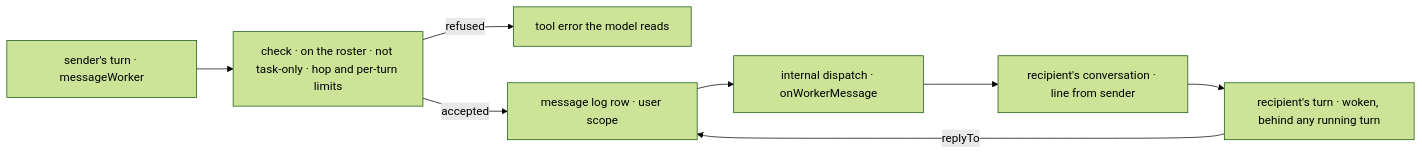
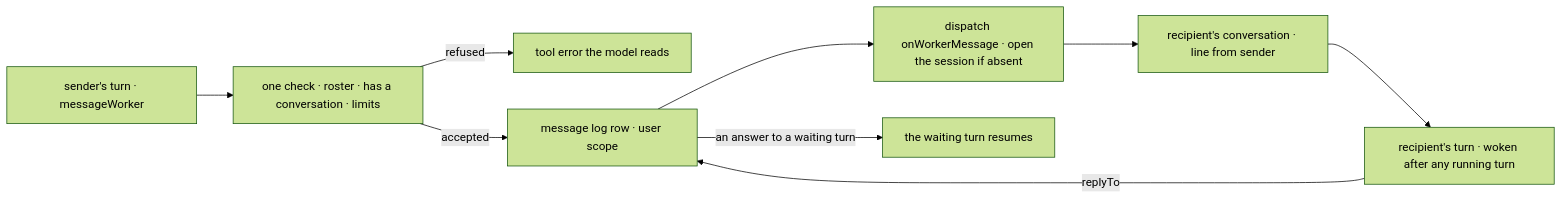
The second of 2 diagrams in specs/issues/FIX-1989/SPEC.md (fixpoint-labs/flow-state-dev), drawn with Mermaid (forest theme) before and after one commit. The commit also changed other lines of this file and 2 other files, not shown here.

First line of the commit message:
spec(FIX-1989): fold validation: computed conversation address, wait for tasks, hop count across turns

````diff
--- a/specs/issues/FIX-1989/SPEC.md
+++ b/specs/issues/FIX-1989/SPEC.md
@@ -91,10 +95,11 @@
 ```mermaid
 flowchart LR
-  T["sender's turn · messageWorker"] --> K["check · on the roster · not task-only · hop and per-turn limits"]
+  T["sender's turn · messageWorker"] --> K["one check · roster · has a conversation · limits"]
   K -->|"refused"| E["tool error the model reads"]
   K -->|"accepted"| G["message log row · user scope"]
-  G --> D["internal dispatch · onWorkerMessage"]
+  G --> D["dispatch onWorkerMessage · open the session if absent"]
   D --> C["recipient's conversation · line from sender"]
-  C --> U["recipient's turn · woken, behind any running turn"]
+  C --> U["recipient's turn · woken after any running turn"]
   U -->|"replyTo"| G
+  G -->|"an answer to a waiting turn"| S["the waiting turn resumes"]
 ```
````
